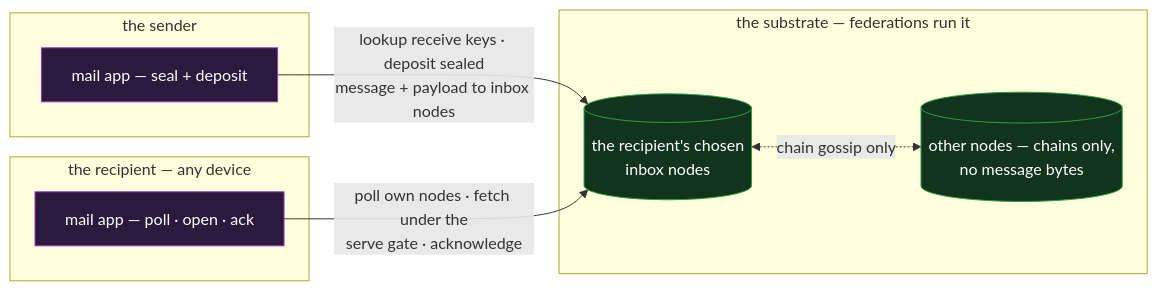
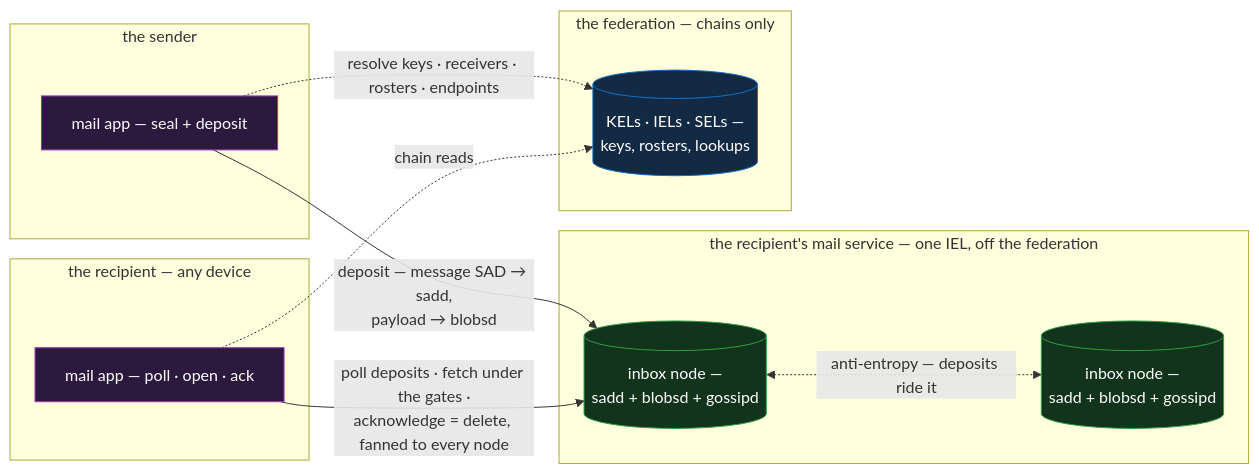
Before and after one commit to jasoncolburne/vdti: the diagram in docs/design/example-applications/mail.md, drawn with Mermaid. The commit also changed other lines of this file and 79 other files, not shown here.

````diff
--- a/docs/design/example-applications/mail.md
+++ b/docs/design/example-applications/mail.md
@@ -11,18 +12,24 @@
 ```mermaid
 flowchart LR
   subgraph sender["the sender"]
     sapp["mail app — seal + deposit"]:::app
   end
   subgraph recipient["the recipient — any device"]
     rapp["mail app — poll · open · ack"]:::app
   end
-  subgraph sub["the substrate — federations run it"]
-    inbox[("the recipient's chosen<br/>inbox nodes")]:::svc
-    other[("other nodes — chains only,<br/>no message bytes")]:::svc
+  subgraph svc["the recipient's mail service — one IEL, off the federation"]
+    n1[("inbox node —<br/>sadd + blobsd + gossipd")]:::svc
+    n2[("inbox node —<br/>sadd + blobsd + gossipd")]:::svc
   end
-  sapp -->|"lookup receive keys · deposit sealed<br/>message + payload to inbox nodes"| inbox
-  rapp -->|"poll own nodes · fetch under the<br/>serve gate · acknowledge"| inbox
-  inbox <-.->|"chain gossip only"| other
+  subgraph fed["the federation — chains only"]
+    chains[("KELs · IELs · SELs —<br/>keys, rosters, lookups")]:::fedc
+  end
+  sapp -->|"deposit — message SAD → sadd,<br/>payload → blobsd"| n1
+  n1 <-.->|"anti-entropy — deposits ride it"| n2
+  rapp -->|"poll deposits · fetch under the gates ·<br/>acknowledge = delete, fanned to every node"| n1
+  sapp -.->|"resolve keys · receivers · rosters · endpoints"| chains
+  rapp -.->|"chain reads"| chains
   classDef app fill:#2b1a3d,stroke:#9c36b5,color:#fff
   classDef svc fill:#12331c,stroke:#2f9e44,color:#fff
+  classDef fedc fill:#122a44,stroke:#1971c2,color:#fff
 ```
````
